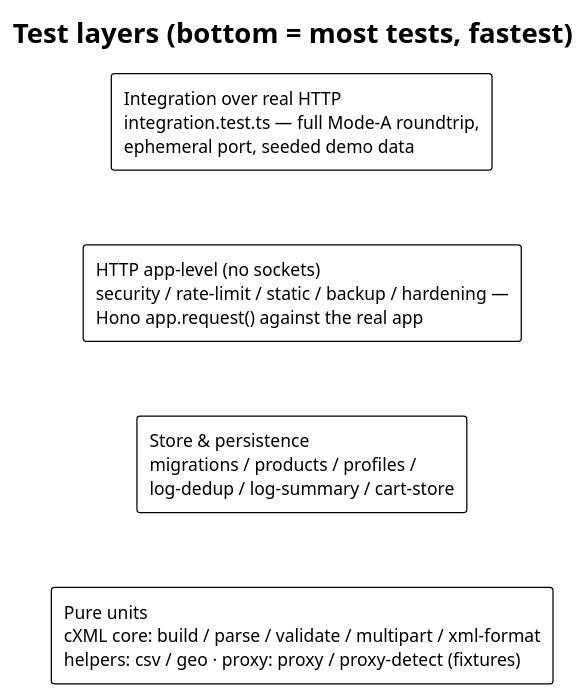
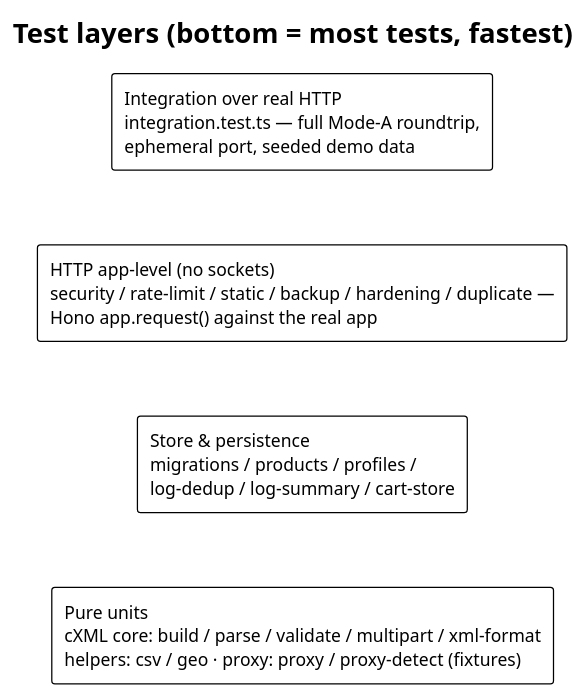
The diagram in docs/diagrams/test-layers.puml (slawomir-szostak/punchout-simulator), drawn with PlantUML before and after one commit. The commit also changed 25 other files, not shown here.

First line of the commit message:
docs: bring the documents up to date with 0.11.6–0.11.10, add diagrams and a changelog

```diff
--- a/docs/diagrams/test-layers.puml
+++ b/docs/diagrams/test-layers.puml
@@ -1,13 +1,13 @@
 @startuml test-layers
 !theme plain
 title Test layers (bottom = most tests, fastest)
 
 rectangle "Integration over real HTTP\nintegration.test.ts — full Mode-A roundtrip,\nephemeral port, seeded demo data" as L4
-rectangle "HTTP app-level (no sockets)\nsecurity / rate-limit / static / backup / hardening —\nHono app.request() against the real app" as L3
+rectangle "HTTP app-level (no sockets)\nsecurity / rate-limit / static / backup / hardening / duplicate —\nHono app.request() against the real app" as L3
 rectangle "Store & persistence\nmigrations / products / profiles /\nlog-dedup / log-summary / cart-store" as L2
 rectangle "Pure units\ncXML core: build / parse / validate / multipart / xml-format\nhelpers: csv / geo · proxy: proxy / proxy-detect (fixtures)" as L1
 
 L4 -[hidden]down- L3
 L3 -[hidden]down- L2
 L2 -[hidden]down- L1
 @enduml
```
